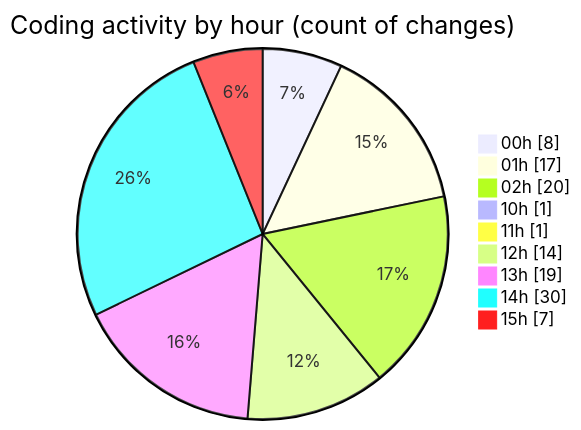
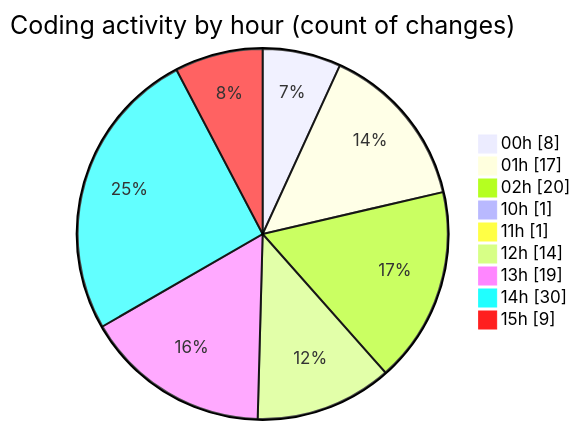
Before and after one commit to Elitesun/code-tracking: the second of 2 diagrams in 2025-05-02/niten/README.md, drawn with Mermaid. The commit also changed other lines of this file and 1 other file, not shown here.

````diff
--- a/2025-05-02/niten/README.md
+++ b/2025-05-02/niten/README.md
@@ -64,13 +64,13 @@
 ```mermaid
 pie showData
 title Coding activity by hour (count of changes)
 "00h" : 8
 "01h" : 17
 "02h" : 20
 "10h" : 1
 "11h" : 1
 "12h" : 14
 "13h" : 19
 "14h" : 30
-"15h" : 7
+"15h" : 9
 ```
````
